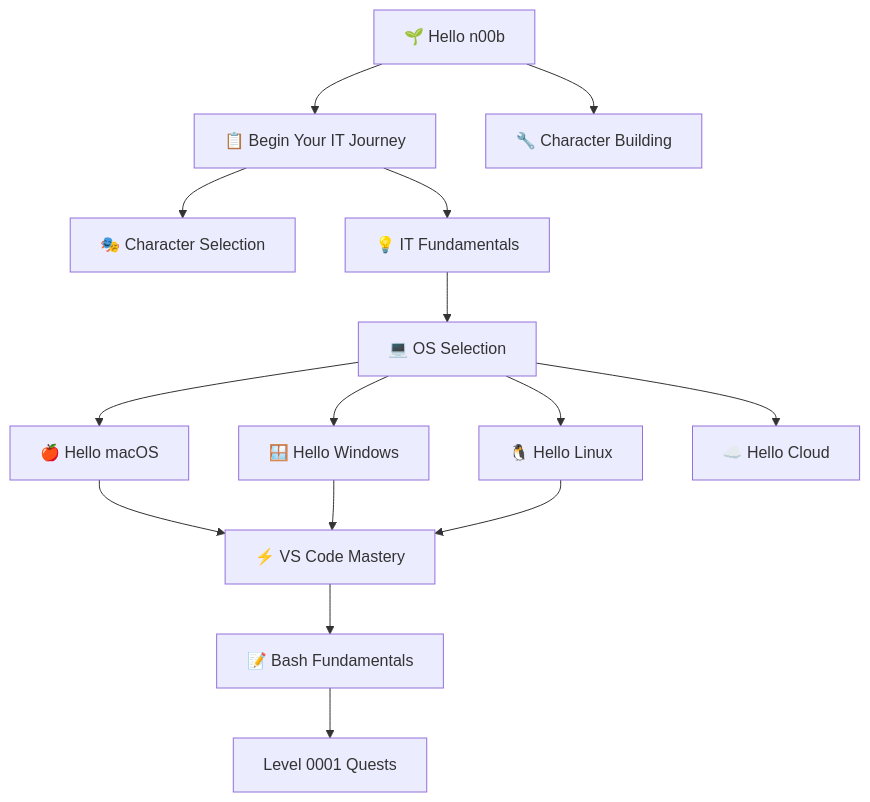
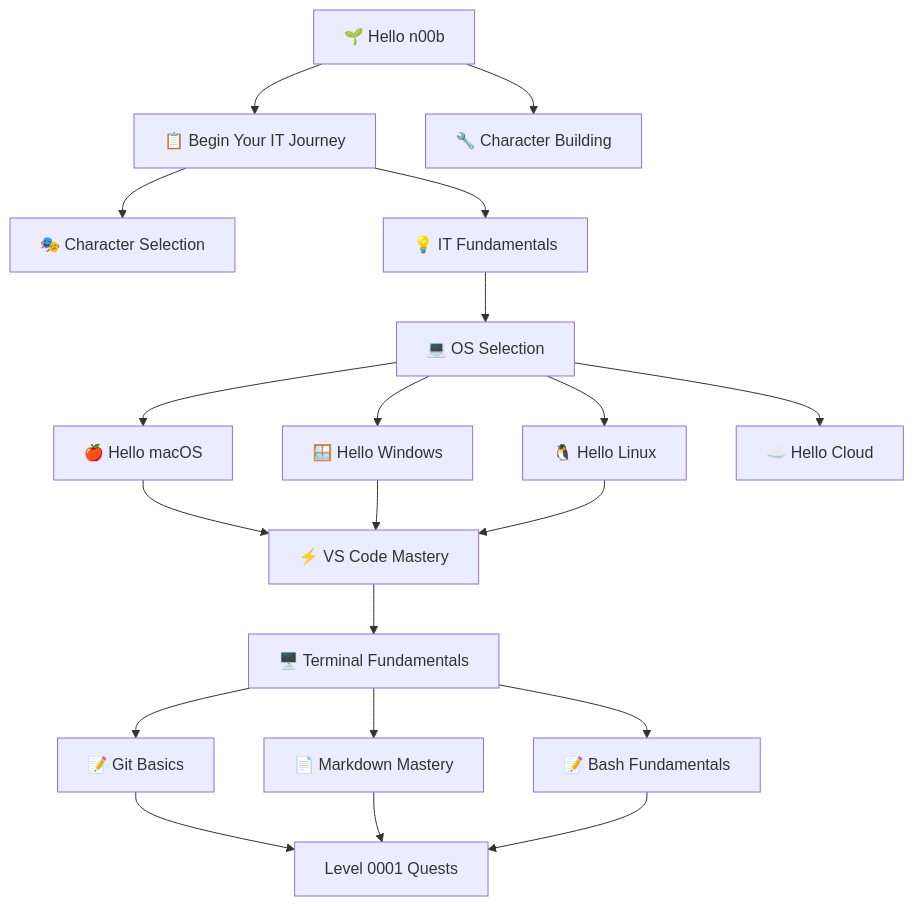
Before and after one commit to bamr87/it-journey: the diagram in pages/_quests/0000/README.md, drawn with Mermaid. The commit also changed other lines of this file and 97 other files, not shown here.

````diff
--- a/pages/_quests/0000/README.md
+++ b/pages/_quests/0000/README.md
@@ -283,17 +333,22 @@
 ```mermaid
 graph TD
     A[🌱 Hello n00b] --> B[📋 Begin Your IT Journey]
     A --> C[🔧 Character Building]
     B --> D[🎭 Character Selection]
     B --> E[💡 IT Fundamentals]
     E --> F[💻 OS Selection]
     F --> G[🍎 Hello macOS]
     F --> H[🪟 Hello Windows]
     F --> I[🐧 Hello Linux]
     F --> J[☁️ Hello Cloud]
     G --> K[⚡ VS Code Mastery]
     H --> K
     I --> K
-    K --> L[📝 Bash Fundamentals]
-    L --> M[Level 0001 Quests]
+    K --> N[🖥️ Terminal Fundamentals]
+    N --> O[📝 Git Basics]
+    N --> P[📄 Markdown Mastery]
+    N --> L[📝 Bash Fundamentals]
+    O --> M[Level 0001 Quests]
+    P --> M
+    L --> M
 ```
````
